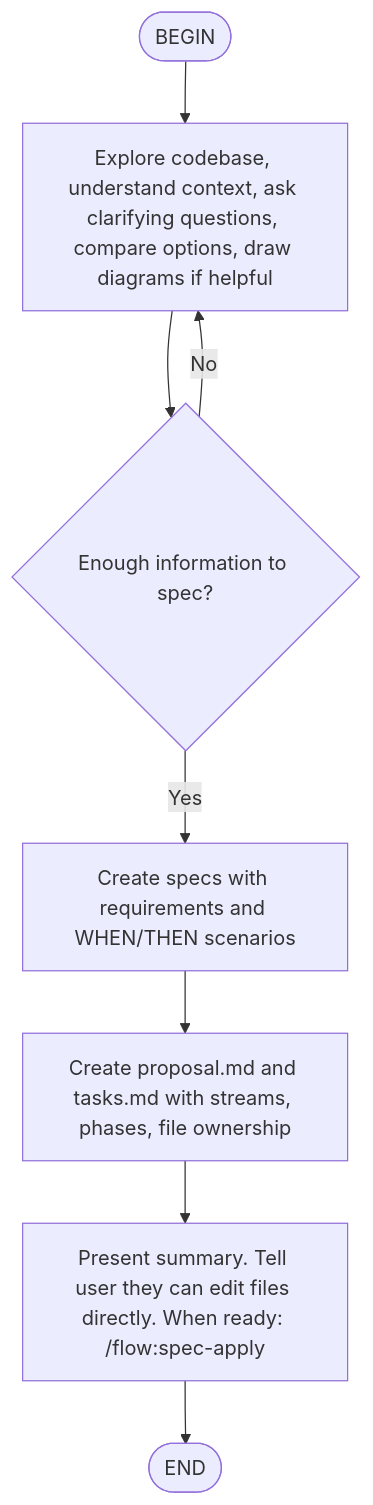
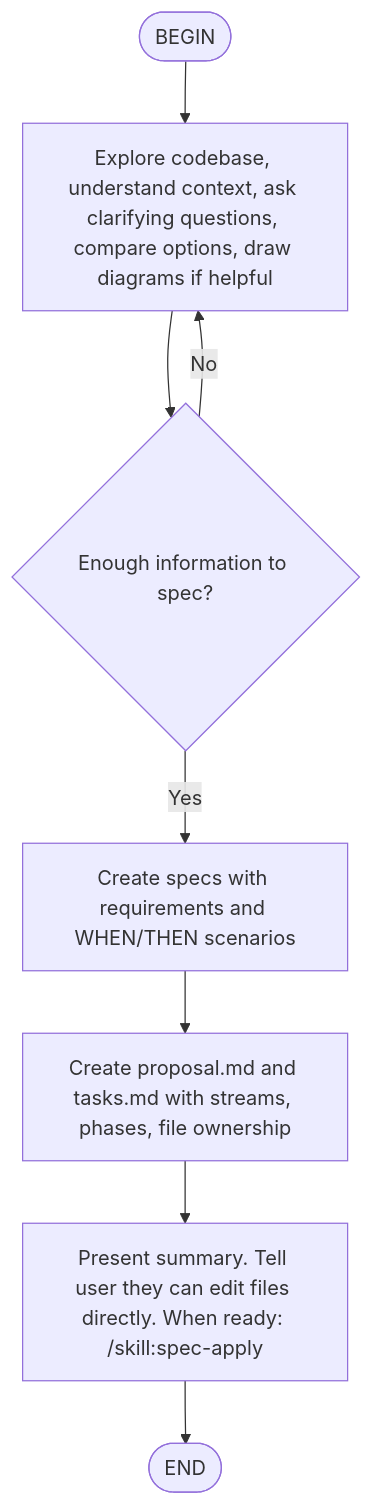
One commit to trisforrestcam/camk-skill changed the diagram in spec/spec-propose/SKILL.md. Above: the diagram before and after it, drawn with Mermaid. The commit also changed 1 other file, not shown here.

Commit message:
fix(spec-propose): correct command reference from /flow:spec-apply to /skill:spec-apply

````diff
--- a/spec/spec-propose/SKILL.md
+++ b/spec/spec-propose/SKILL.md
@@ -7,14 +7,14 @@
 ```mermaid
 flowchart TD
     BEGIN([BEGIN]) --> Explore
     Explore[Explore codebase, understand context, ask clarifying questions, compare options, draw diagrams if helpful]
     Explore --> EnoughInfo{Enough information to spec?}
     EnoughInfo -->|No| Explore
     EnoughInfo -->|Yes| Spec
     Spec[Create specs with requirements and WHEN/THEN scenarios]
     Spec --> Plan
     Plan[Create proposal.md and tasks.md with streams, phases, file ownership]
     Plan --> Handoff
-    Handoff[Present summary. Tell user they can edit files directly. When ready: /flow:spec-apply]
+    Handoff[Present summary. Tell user they can edit files directly. When ready: /skill:spec-apply]
     Handoff --> END([END])
 ```
````
